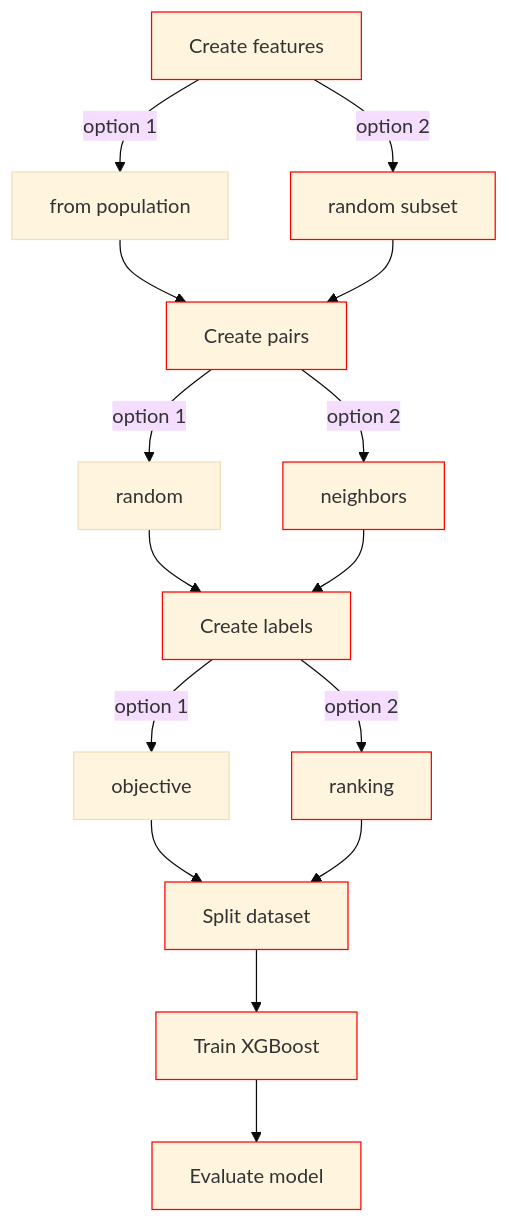
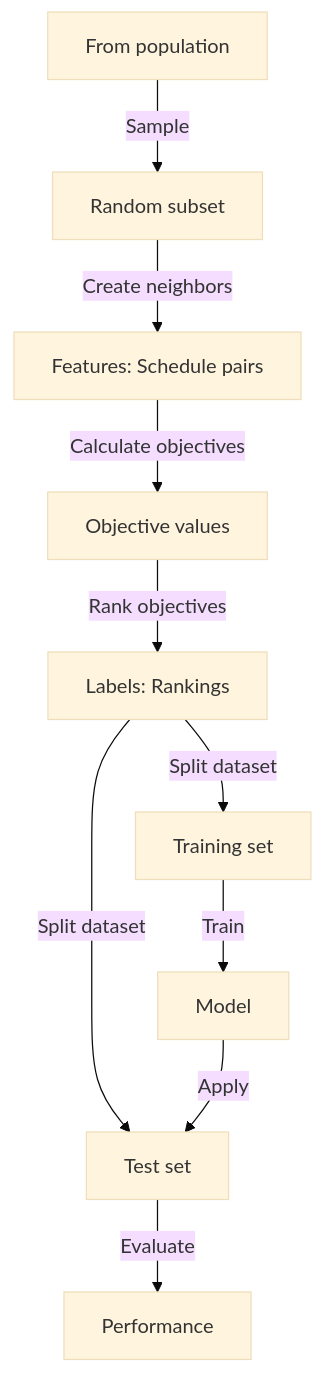
The first of 2 diagrams in xgboost-pairwise-ranking.qmd (witusj/experiments-source), drawn with Mermaid (base theme) before and after one commit. The commit also changed other lines of this file and 10 other files, not shown here.

````diff
--- a/xgboost-pairwise-ranking.qmd
+++ b/xgboost-pairwise-ranking.qmd
@@ -90,19 +82,12 @@
 ```{mermaid}
 graph TD
-    A["Create features"]:::path -->|"option 1"| B["from population"]
-    A -->|"option 2"| C["random subset"]:::path
-    B --> D["Create pairs"]:::path
-    C --> D
-    D -->|"option 1"| E["random"]
-    D -->|"option 2"| F["neighbors"]:::path
-    E --> G["Create labels"]:::path
-    F --> G
-    G -->|"option 1"| H["objective"]
-    G -->|"option 2"| I["ranking"]:::path
-    H --> J["Split dataset"]:::path
-    I --> J
-    J --> K["Train XGBoost"]:::path
-    K --> L["Evaluate model"]:::path
-    
-    classDef path stroke:#f00
+    A["From population"] -->|"Sample"| B["Random subset"]
+    B --> |Create neighbors| C["Features: Schedule pairs"]
+    C --> |Calculate objectives| D["Objective values"]
+    D --> |Rank objectives| E["Labels: Rankings"]
+    E --> |"Split dataset"| F["Training set"]
+    E --> |"Split dataset"| G["Test set"]
+    F --> |"Train"| H["Model"]
+    H["Model"] --> |"Apply"| G["Test set"]
+    G["Test set"] --> |"Evaluate"| I["Performance"]
 ```
````
